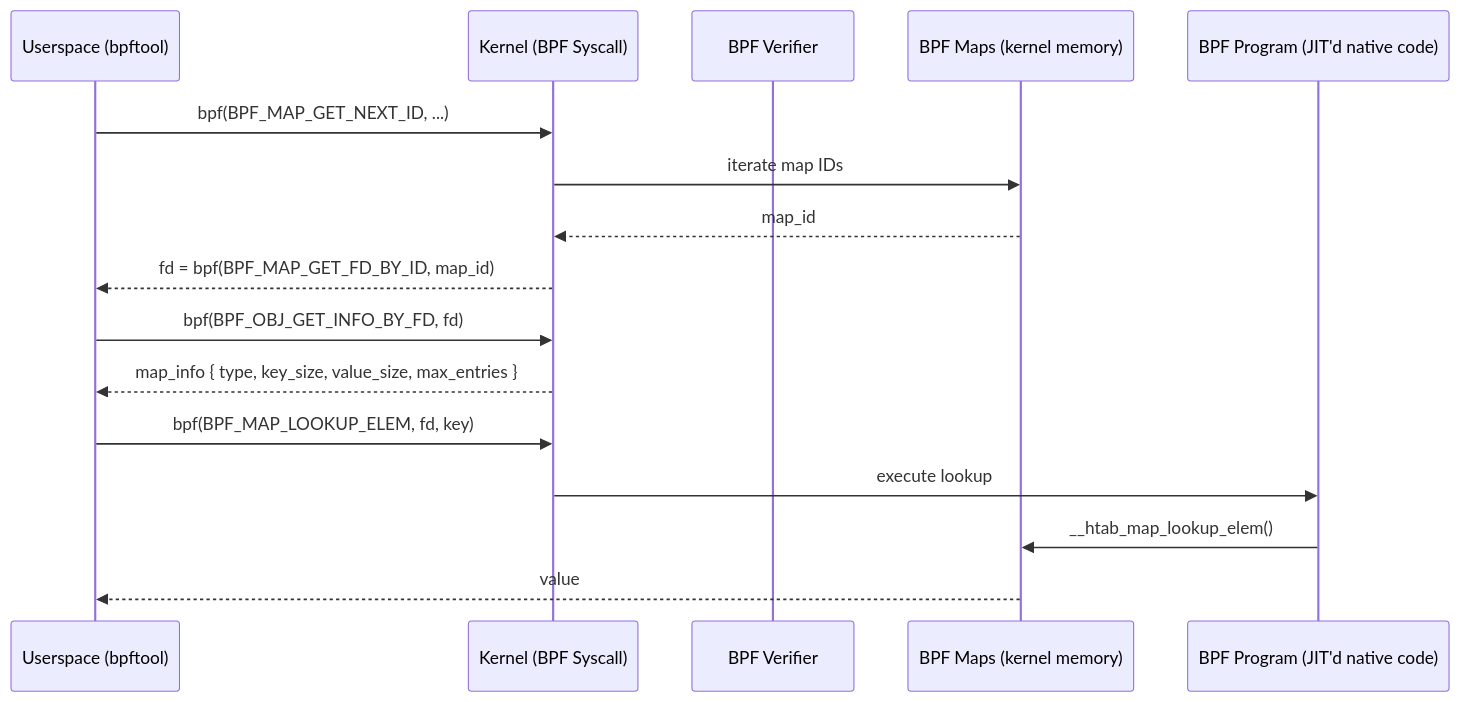
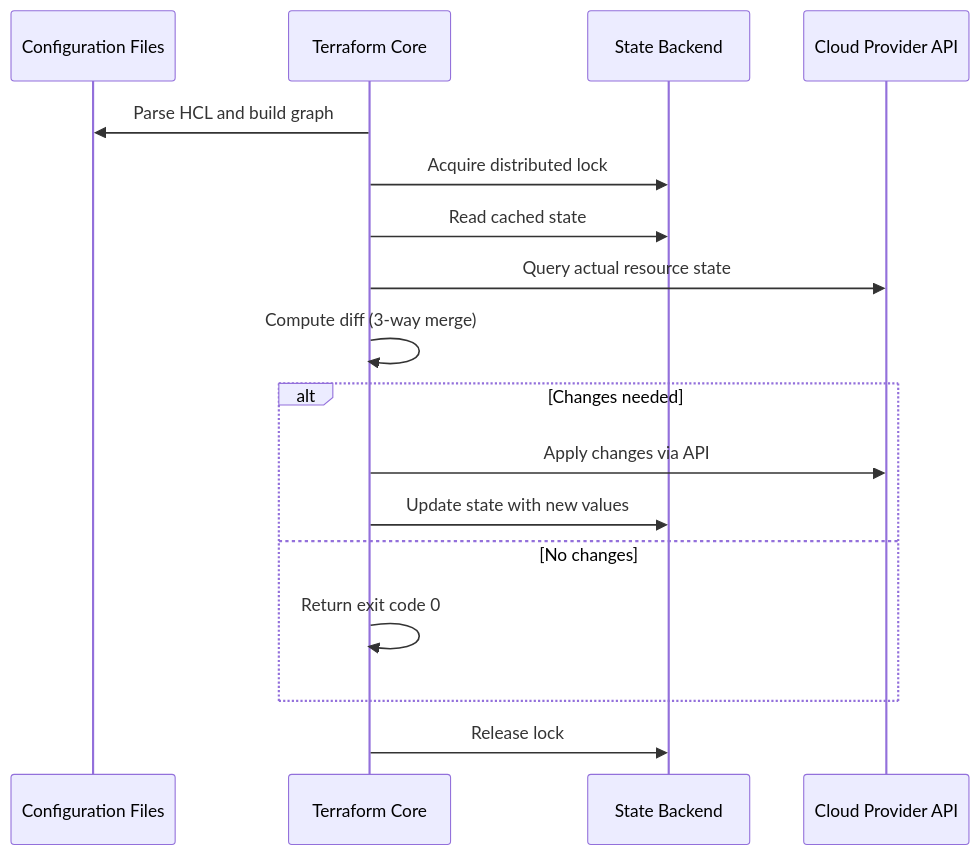
Before and after one commit to blebleblee/synapse: the second of 5 diagrams in topics/computing/infrastructure/automation/labs.md, drawn with Mermaid. The commit also changed other lines of this file and 6 other files, not shown here.

Commit message:
refactor(infrastructure): author authentic, domain-specific labs for cloud_native, sre, devops, and automation

````diff
--- a/topics/computing/infrastructure/automation/labs.md
+++ b/topics/computing/infrastructure/automation/labs.md
@@ -161,19 +500,22 @@
 ```mermaid
 sequenceDiagram
-    participant U as Userspace (bpftool)
-    participant S as Kernel (BPF Syscall)
-    participant V as BPF Verifier
-    participant M as BPF Maps (kernel memory)
-    participant P as BPF Program (JIT'd native code)
-
-    U->>S: bpf(BPF_MAP_GET_NEXT_ID, ...)
-    S->>M: iterate map IDs
-    M-->>S: map_id
-    S-->>U: fd = bpf(BPF_MAP_GET_FD_BY_ID, map_id)
-    U->>S: bpf(BPF_OBJ_GET_INFO_BY_FD, fd)
-    S-->>U: map_info { type, key_size, value_size, max_entries }
-    U->>S: bpf(BPF_MAP_LOOKUP_ELEM, fd, key)
-    S->>P: execute lookup
-    P->>M: __htab_map_lookup_elem()
-    M-->>U: value
+    participant C as Configuration Files
+    participant T as Terraform Core
+    participant S as State Backend
+    participant P as Cloud Provider API
+    
+    T->>C: Parse HCL and build graph
+    T->>S: Acquire distributed lock
+    T->>S: Read cached state
+    T->>P: Query actual resource state
+    T->>T: Compute diff (3-way merge)
+    
+    alt Changes needed
+        T->>P: Apply changes via API
+        T->>S: Update state with new values
+    else No changes
+        T->>T: Return exit code 0
+    end
+    
+    T->>S: Release lock
 ```
````
